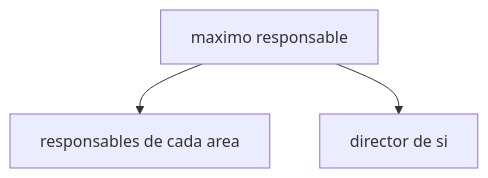
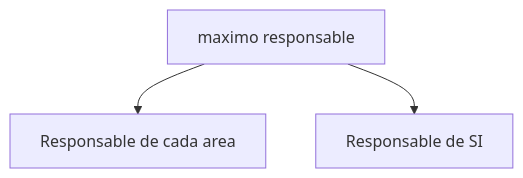
Before and after one commit to n1krov/ASI: the first of 5 diagrams in par_1/u1/practica/procedimiento.md, drawn with Mermaid. The commit also changed other lines of this file, not shown here.

````diff
--- a/par_1/u1/practica/procedimiento.md
+++ b/par_1/u1/practica/procedimiento.md
@@ -11,6 +11,6 @@
 ```mermaid
 graph TD
 		D[maximo responsable]
-		D --> E[responsables de cada area]
-		D --> F[director de si]
+		D --> E[Responsable de cada area]
+		D --> F[Responsable de SI]
 ```
````
